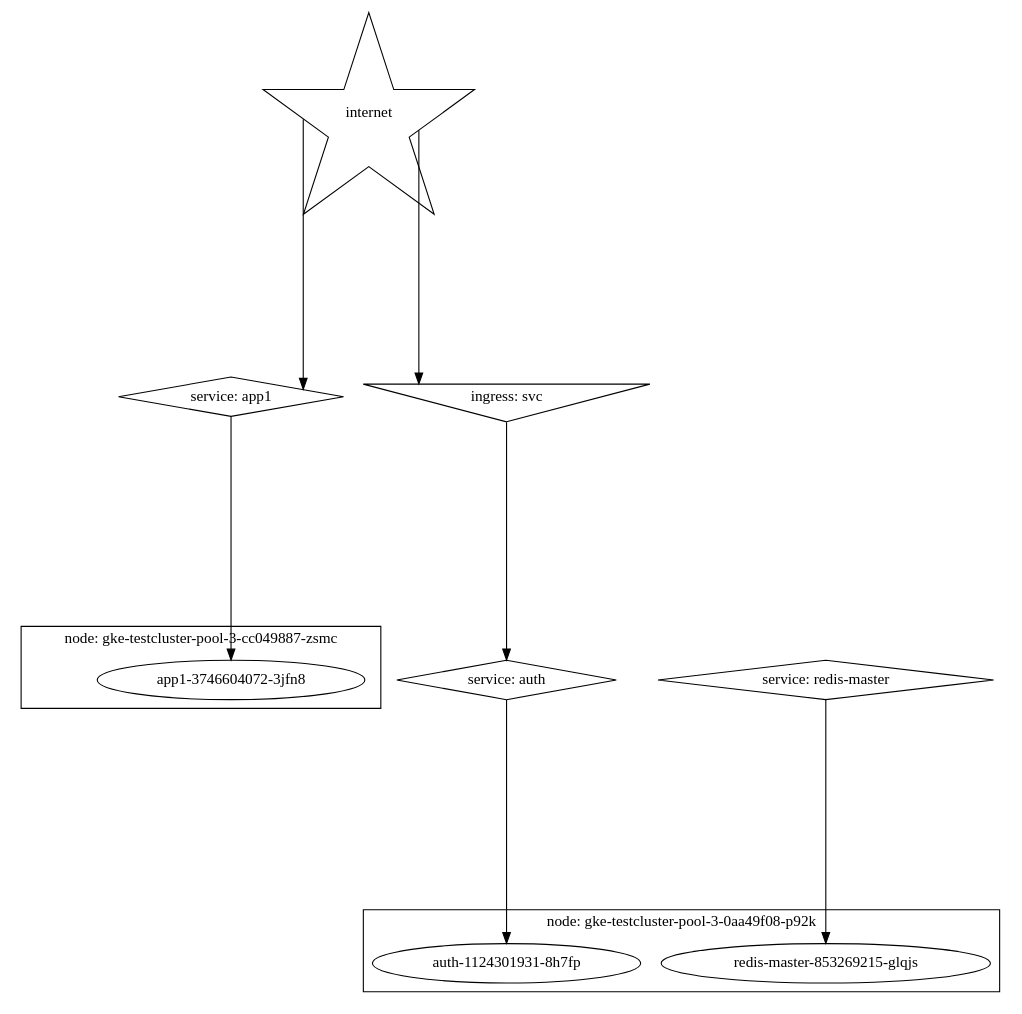
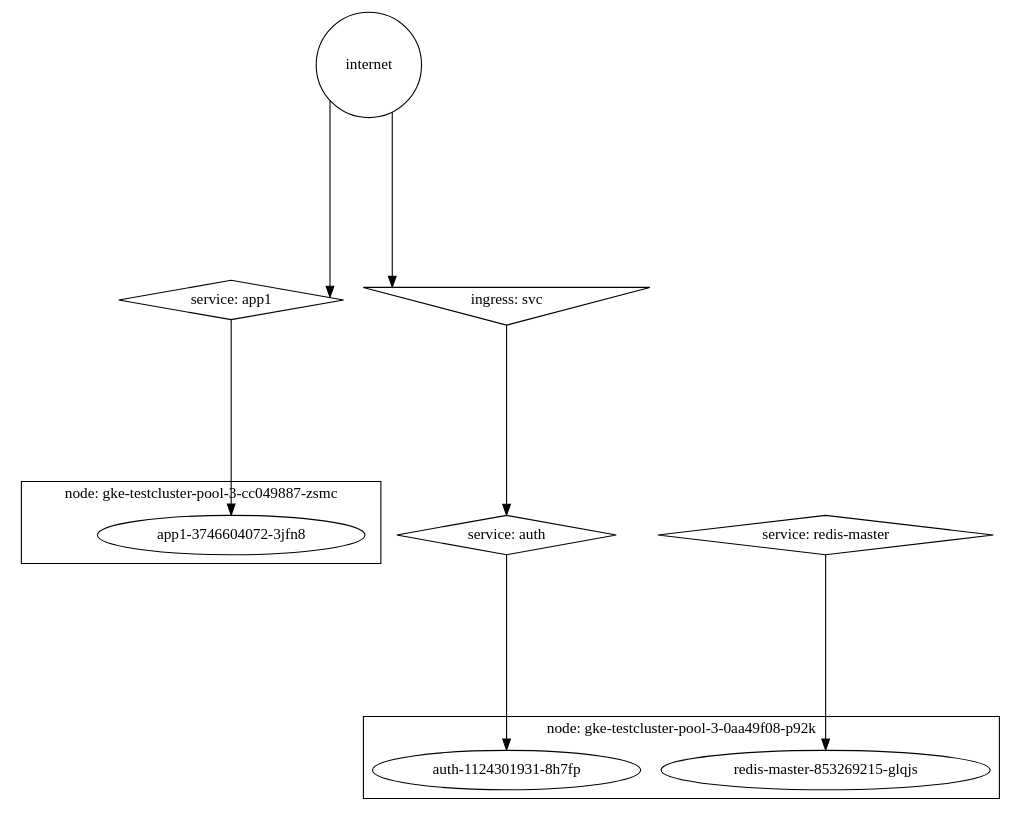
One commit to chrishiestand/node-k8s-dot-graph changed the diagram in test.dot. Above: the diagram before and after it, drawn with Graphviz. The commit also changed 6 other files, not shown here.

First line of the commit message:
internet star -> circle

```diff
--- a/test.dot
+++ b/test.dot
@@ -1,26 +1,26 @@
 digraph {
 sep=6.2;
 ranksep="2.0 equally";
 splines="ortho";
 "svcs:app1" [label="service: app1"][shape=diamond];
 "svcs:auth" [label="service: auth"][shape=diamond];
 "svcs:redis-master" [label="service: redis-master"][shape=diamond];
 "pods:app1-3746604072-3jfn8" [label="app1-3746604072-3jfn8"][shape=oval];
 "pods:auth-1124301931-8h7fp" [label="auth-1124301931-8h7fp"][shape=oval];
 "pods:redis-master-853269215-glqjs" [label="redis-master-853269215-glqjs"][shape=oval];
 "ings:svc" [label="ingress: svc"][shape=invtriangle];
-"internet" [label="internet"][shape=star];subgraph "cluster-gke-testcluster-pool-3-0aa49f08-p92k" { label="node: gke-testcluster-pool-3-0aa49f08-p92k";
+"internet" [label="internet"][shape=circle];subgraph "cluster-gke-testcluster-pool-3-0aa49f08-p92k" { label="node: gke-testcluster-pool-3-0aa49f08-p92k";
 "pods:auth-1124301931-8h7fp";
 "pods:redis-master-853269215-glqjs";
 }
 
 subgraph "cluster-gke-testcluster-pool-3-cc049887-zsmc" { label="node: gke-testcluster-pool-3-cc049887-zsmc";
 "pods:app1-3746604072-3jfn8";
 }
 "internet" -> "ings:svc";
 "internet" -> "svcs:app1";
 "ings:svc" -> "svcs:auth";
 "svcs:app1" -> "pods:app1-3746604072-3jfn8";
 "svcs:auth" -> "pods:auth-1124301931-8h7fp";
 "svcs:redis-master" -> "pods:redis-master-853269215-glqjs";
 }
```
